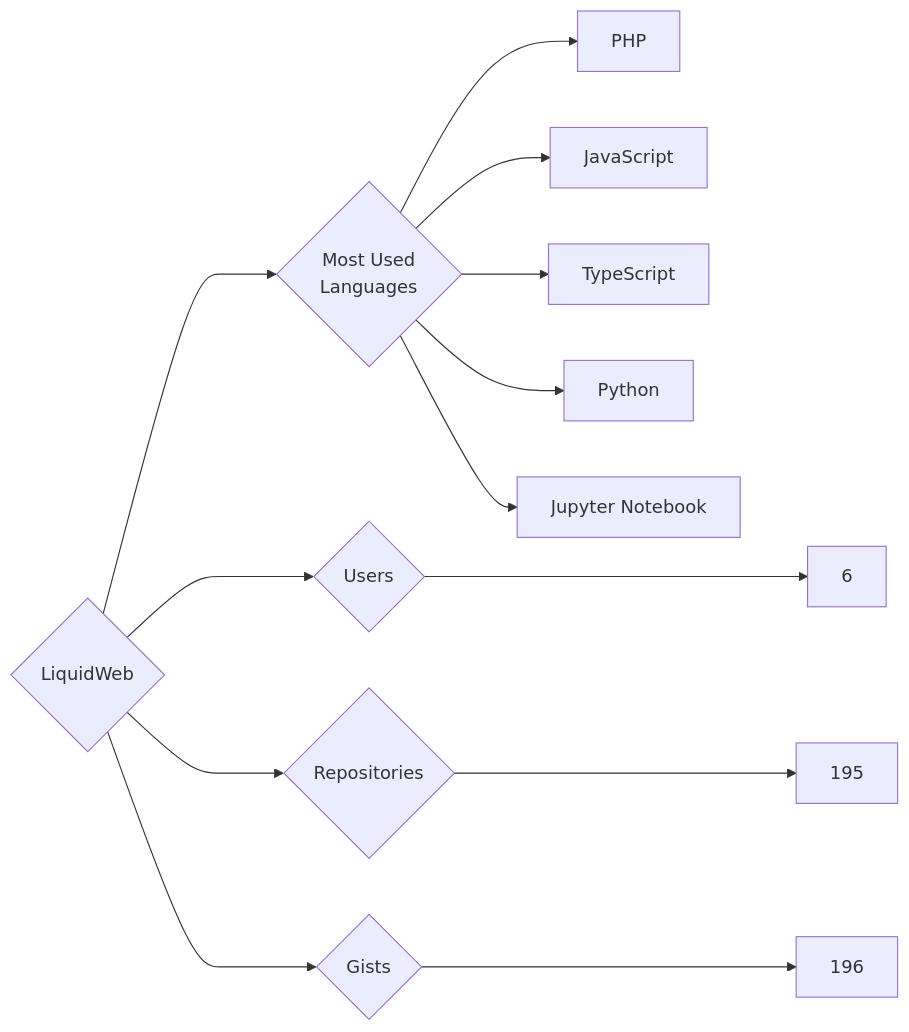
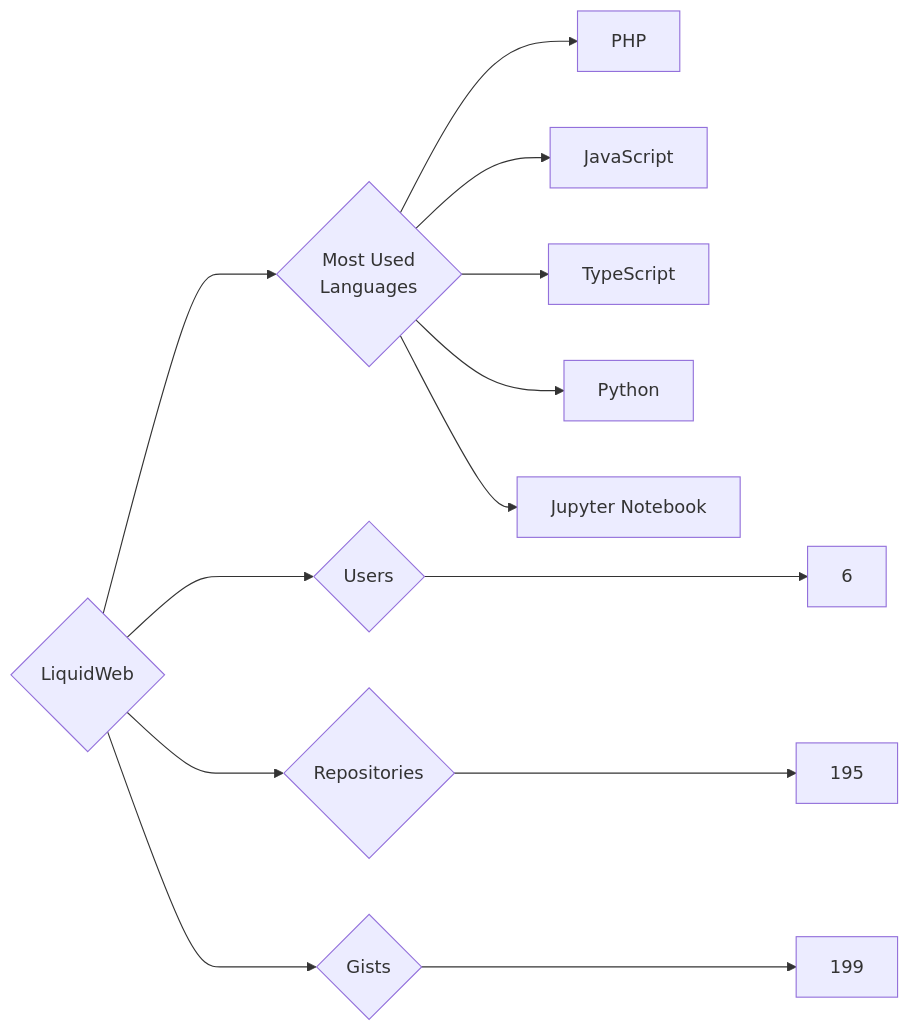
Before and after one commit to trickest/insiders: the diagram in targets/LiquidWeb/README.md, drawn with Mermaid. The commit also changed 944 other files, not shown here.

````diff
--- a/targets/LiquidWeb/README.md
+++ b/targets/LiquidWeb/README.md
@@ -3,13 +3,13 @@
 ```mermaid
 graph LR
 COMPANY_NAME{LiquidWeb}
 COMPANY_NAME ---> U{Users} ---> UN[6]
 COMPANY_NAME ---> R{Repositories} ---> RN[195]
-COMPANY_NAME ---> G{Gists} ---> GN[196]
+COMPANY_NAME ---> G{Gists} ---> GN[199]
 COMPANY_NAME ---> ML{Most Used<br>Languages}
 ML --> PHP[PHP]
 ML --> JavaScript[JavaScript]
 ML --> TypeScript[TypeScript]
 ML --> Python[Python]
 ML --> Jupyter_Notebook[Jupyter Notebook]
 ```
````
